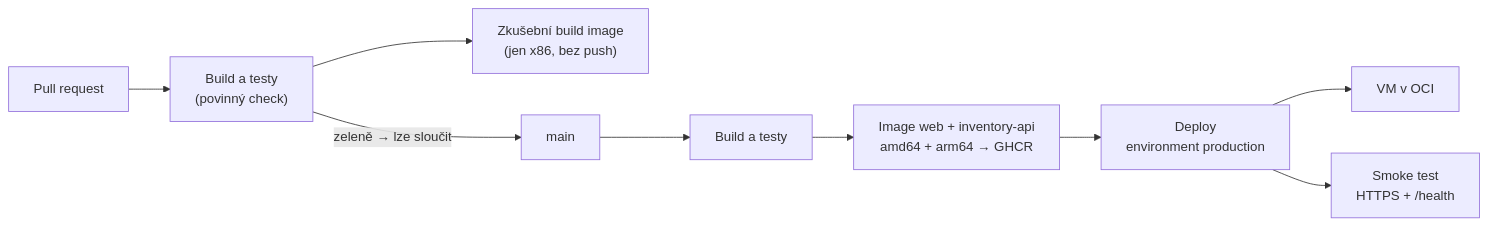
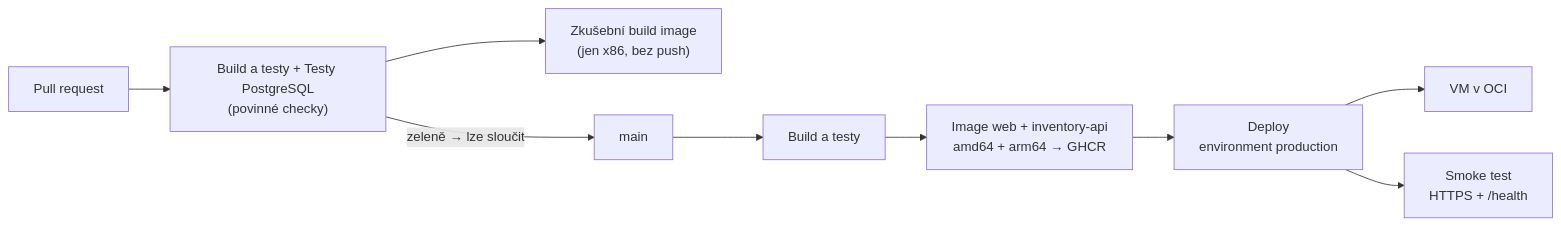
One commit to ftichy/MiniShop changed the diagram in docs/prirucka/github/index.md. Above: the diagram before and after it, drawn with Mermaid. The commit also changed 35 other files, not shown here.

First line of the commit message:
SCALING STEP3A: příprava převodu dat do PostgreSQL

````diff
--- a/docs/prirucka/github/index.md
+++ b/docs/prirucka/github/index.md
@@ -12,16 +12,16 @@
 ```mermaid
 flowchart LR
-    pr["Pull request"] --> bt["Build a testy<br/>(povinný check)"]
+    pr["Pull request"] --> bt["Build a testy + Testy PostgreSQL<br/>(povinné checky)"]
     bt --> img1["Zkušební build image<br/>(jen x86, bez push)"]
     bt -->|"zeleně → lze sloučit"| main["main"]
     main --> bt2["Build a testy"]
     bt2 --> img2["Image web + inventory-api<br/>amd64 + arm64 → GHCR"]
     img2 --> dep["Deploy<br/>environment production"]
     dep --> vm["VM v OCI"]
     dep --> smoke["Smoke test<br/>HTTPS + /health"]
 
     click bt "/Docs/github/ci"
     click img2 "/Docs/github/ci"
     click dep "/Docs/github/cd"
     click main "/Docs/github/repozitar"
 ```
````
